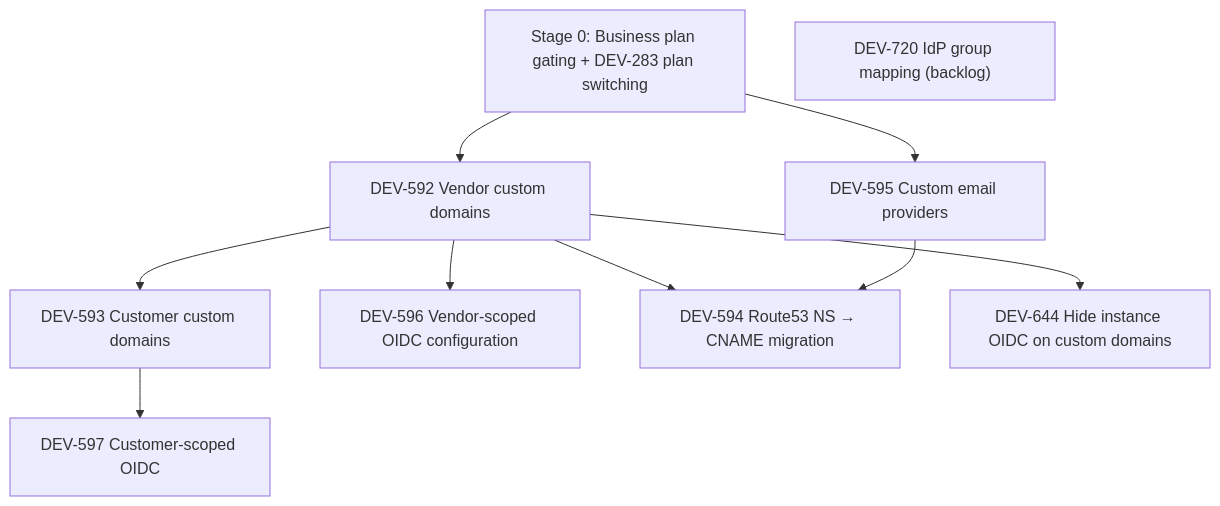
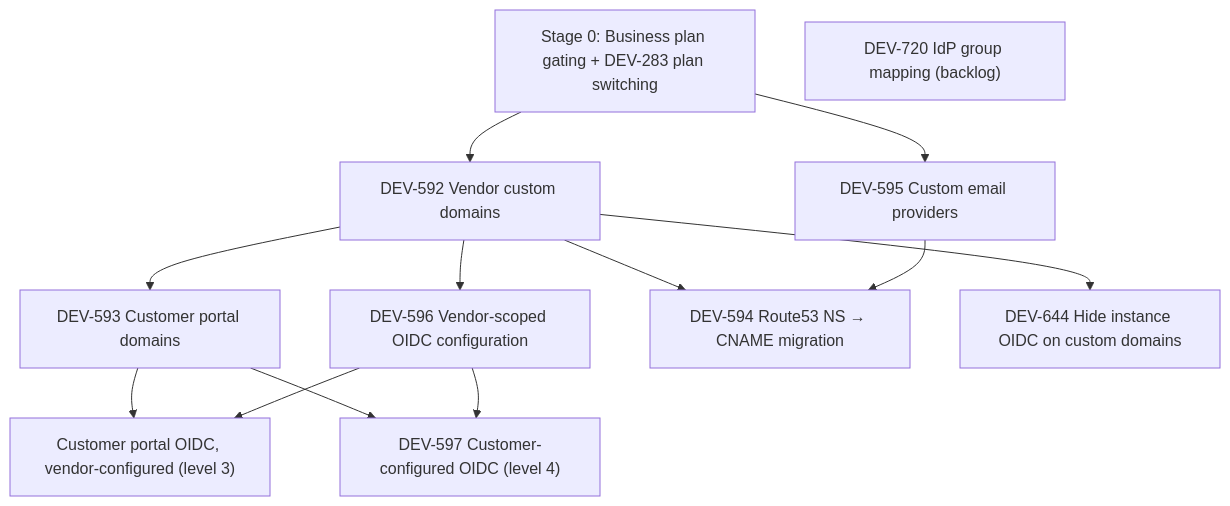
One commit to distr-sh/distr changed the diagram in hack/oidc-plan.md. Above: the diagram before and after it, drawn with Mermaid. The commit also changed other lines of this file and 70 other files, not shown here.

````diff
--- a/hack/oidc-plan.md
+++ b/hack/oidc-plan.md
@@ -18,12 +18,15 @@
 ```mermaid
 graph TD
     DEV283["Stage 0: Business plan gating + DEV-283 plan switching"] --> DEV592
-    DEV592["DEV-592 Vendor custom domains"] --> DEV593["DEV-593 Customer custom domains"]
+    DEV592["DEV-592 Vendor custom domains"] --> DEV593["DEV-593 Customer portal domains"]
     DEV592 --> DEV596["DEV-596 Vendor-scoped OIDC configuration"]
     DEV592 --> DEV594["DEV-594 Route53 NS → CNAME migration"]
     DEV283 --> DEV595
     DEV595["DEV-595 Custom email providers"] --> DEV594
-    DEV593 --> DEV597["DEV-597 Customer-scoped OIDC"]
+    DEV593 --> PORTALOIDC["Customer portal OIDC, vendor-configured (level 3)"]
+    DEV596 --> PORTALOIDC
+    DEV593 --> DEV597["DEV-597 Customer-configured OIDC (level 4)"]
+    DEV596 --> DEV597
     DEV592 --> DEV644["DEV-644 Hide instance OIDC on custom domains"]
     DEV720["DEV-720 IdP group mapping (backlog)"]
 ```
````
